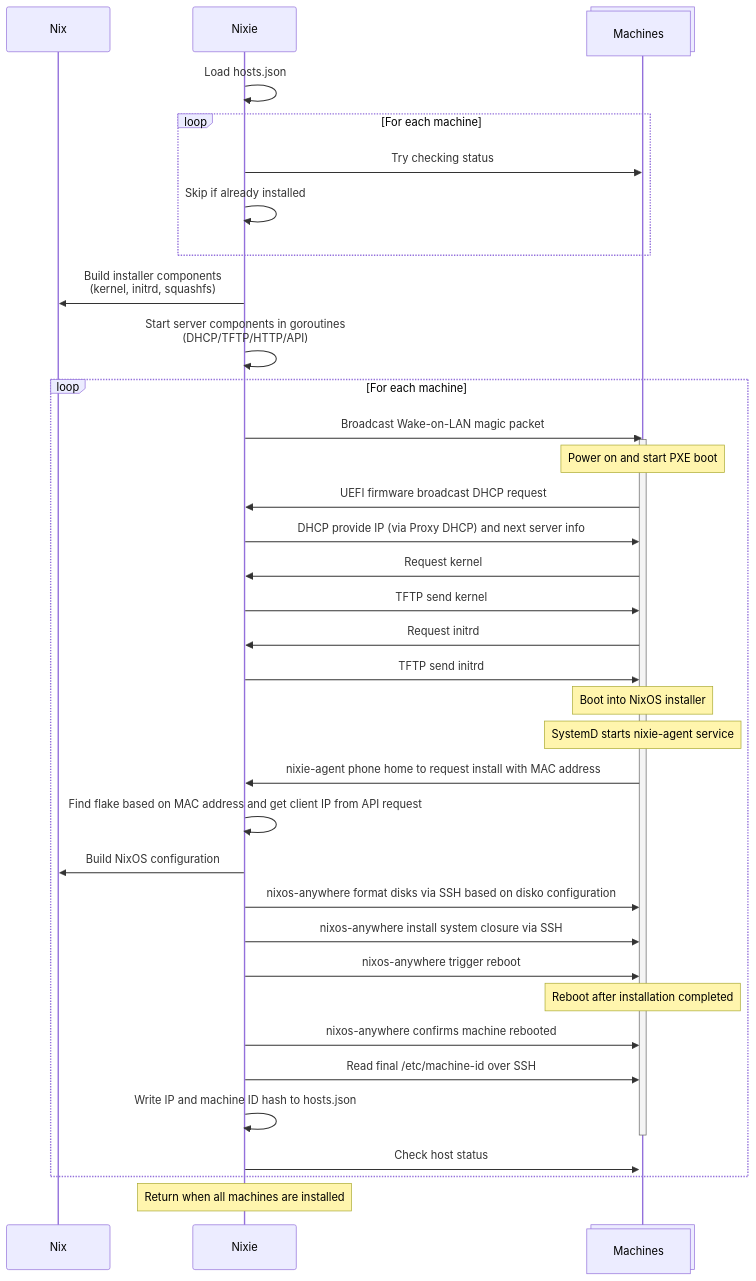
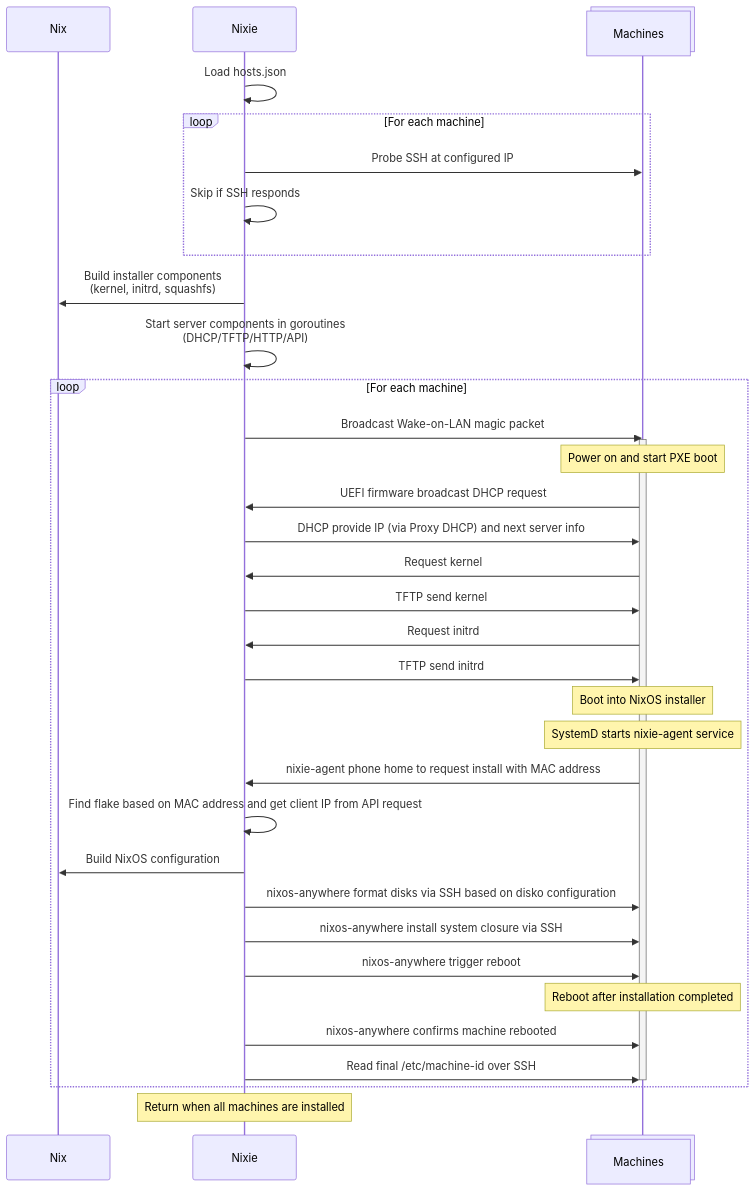
Before and after one commit to khuedoan/nixie: the diagram in README.md, drawn with Mermaid. The commit also changed other lines of this file and 9 other files, not shown here.

````diff
--- a/README.md
+++ b/README.md
@@ -120,53 +99,49 @@
 ```mermaid
 sequenceDiagram
     participant Nix
     participant Nixie
     participant Machines@{ "type" : "collections" }
 
     Nixie->>Nixie: Load hosts.json
 
     loop For each machine
-    Nixie->>Machines: Try checking status
-    Nixie->>Nixie: Skip if already installed
+    Nixie->>Machines: Probe SSH at configured IP
+    Nixie->>Nixie: Skip if SSH responds
     end
 
     Nixie->>Nix: Build installer components<br/>(kernel, initrd, squashfs)
     Nixie->>Nixie: Start server components in goroutines<br/>(DHCP/TFTP/HTTP/API)
 
     loop For each machine
         Nixie->>Machines: Broadcast Wake-on-LAN magic packet
 
         activate Machines
 
         Note over Machines: Power on and start PXE boot
 
         Machines->>Nixie: UEFI firmware broadcast DHCP request
         Nixie->>Machines: DHCP provide IP (via Proxy DHCP) and next server info
         Machines->>Nixie: Request kernel
         Nixie->>Machines: TFTP send kernel
         Machines->>Nixie: Request initrd
         Nixie->>Machines: TFTP send initrd
 
         Note over Machines: Boot into NixOS installer
         Note over Machines: SystemD starts nixie-agent service
         Machines->>Nixie: nixie-agent phone home to request install with MAC address
         Nixie->>Nixie: Find flake based on MAC address and get client IP from API request
         Nixie->>Nix: Build NixOS configuration
         Nixie->>Machines: nixos-anywhere format disks via SSH based on disko configuration
         Nixie->>Machines: nixos-anywhere install system closure via SSH
         Nixie->>Machines: nixos-anywhere trigger reboot
 
         Note over Machines: Reboot after installation completed
 
         Nixie->>Machines: nixos-anywhere confirms machine rebooted
         Nixie->>Machines: Read final /etc/machine-id over SSH
-        Nixie->>Nixie: Write IP and machine ID hash to hosts.json
         deactivate Machines
 
-        activate Machines
-
-        Nixie->>Machines: Check host status
     end
 
     Note over Nixie: Return when all machines are installed
 ```
````
